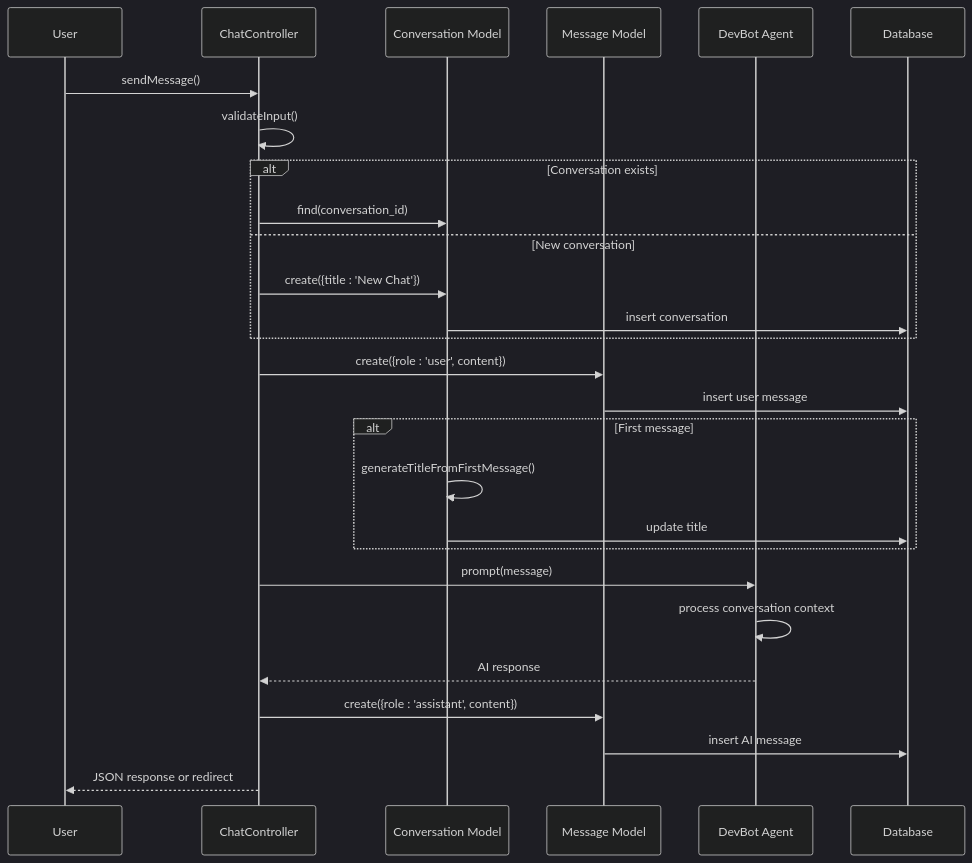
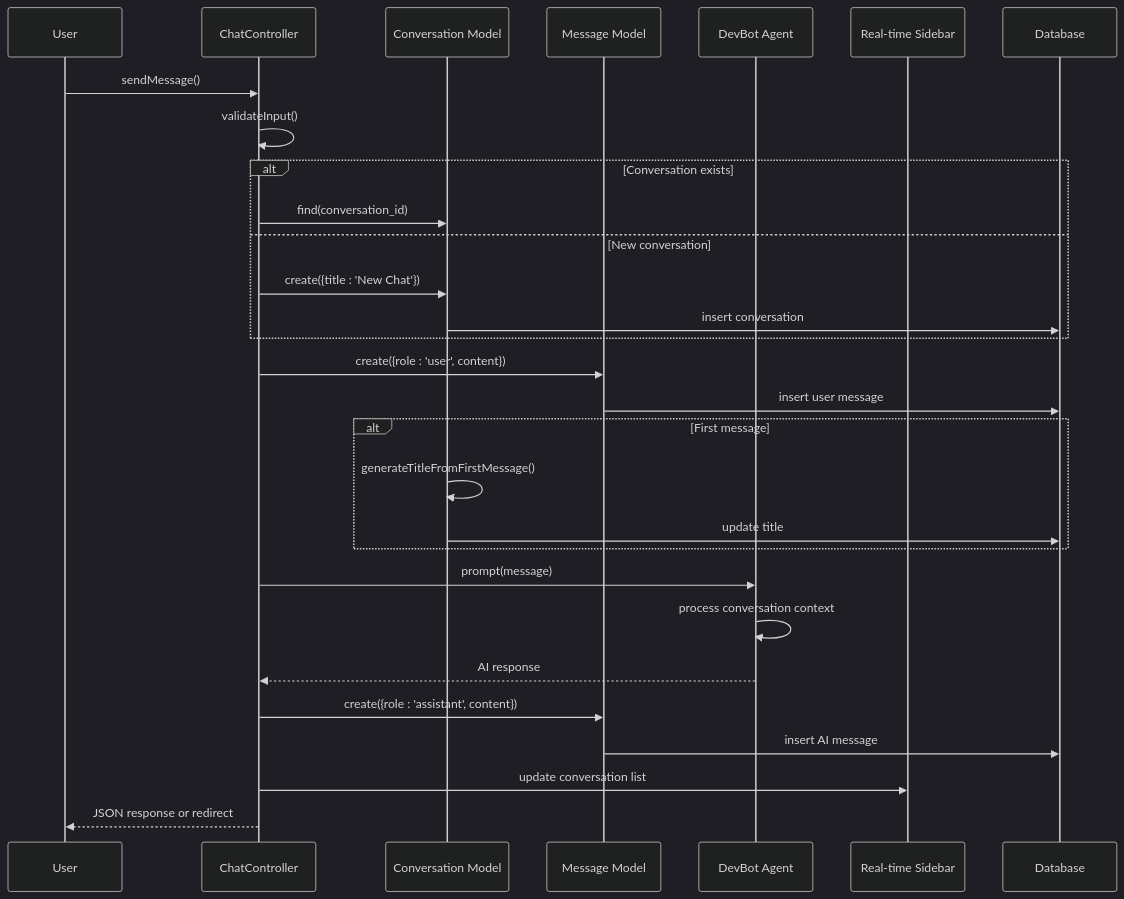
One commit to siimliimand/laravel-assistant changed the third of 8 diagrams in .qoder/repowiki/en/content/Database and Data Management/Conversation Persistence System.md. Above: the diagram before and after it, drawn with Mermaid (dark theme). The commit also changed other lines of this file and 7 other files, not shown here.

````diff
--- a/.qoder/repowiki/en/content/Database and Data Management/Conversation Persistence System.md
+++ b/.qoder/repowiki/en/content/Database and Data Management/Conversation Persistence System.md
@@ -159,29 +169,31 @@
 ```mermaid
 sequenceDiagram
 participant User as User
 participant Controller as ChatController
 participant Conversation as Conversation Model
 participant Message as Message Model
 participant Agent as DevBot Agent
+participant Sidebar as Real-time Sidebar
 participant DB as Database
 User->>Controller : sendMessage()
 Controller->>Controller : validateInput()
 alt Conversation exists
 Controller->>Conversation : find(conversation_id)
 else New conversation
 Controller->>Conversation : create({title : 'New Chat'})
 Conversation->>DB : insert conversation
 end
 Controller->>Message : create({role : 'user', content})
 Message->>DB : insert user message
 alt First message
 Conversation->>Conversation : generateTitleFromFirstMessage()
 Conversation->>DB : update title
 end
 Controller->>Agent : prompt(message)
 Agent->>Agent : process conversation context
 Agent-->>Controller : AI response
 Controller->>Message : create({role : 'assistant', content})
 Message->>DB : insert AI message
+Controller->>Sidebar : update conversation list
 Controller-->>User : JSON response or redirect
 ```
````
